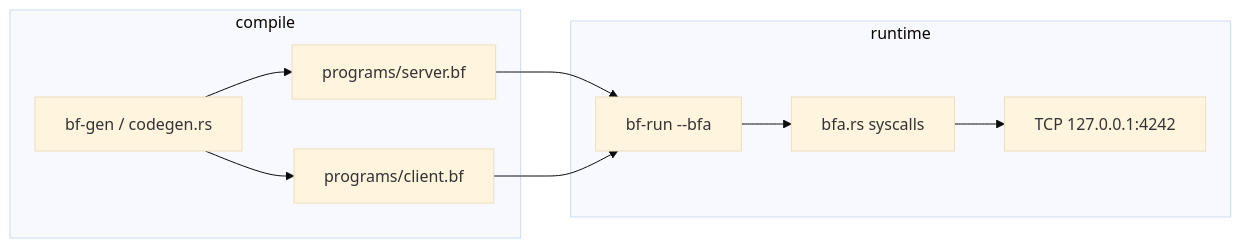
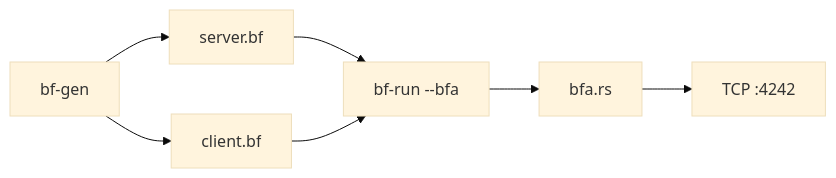
One commit to Behruz1306/ewor-bf-chat changed the diagram in README.md. Above: the diagram before and after it, drawn with Mermaid (base theme). The commit also changed other lines of this file and 3 other files, not shown here.

````diff
--- a/README.md
+++ b/README.md
@@ -68,16 +47,9 @@
 ```mermaid
 flowchart LR
-  subgraph compile
-    GEN[bf-gen / codegen.rs]
-    GEN --> SBF[programs/server.bf]
-    GEN --> CBF[programs/client.bf]
-  end
-
-  subgraph runtime
-    RUN[bf-run --bfa]
-    SBF --> RUN
-    CBF --> RUN
-    RUN --> BFA[bfa.rs syscalls]
-    BFA --> TCP[TCP 127.0.0.1:4242]
-  end
+  GEN[bf-gen] --> SBF[server.bf]
+  GEN --> CBF[client.bf]
+  SBF --> RUN[bf-run --bfa]
+  CBF --> RUN
+  RUN --> BFA[bfa.rs]
+  BFA --> TCP[TCP :4242]
 ```
````
